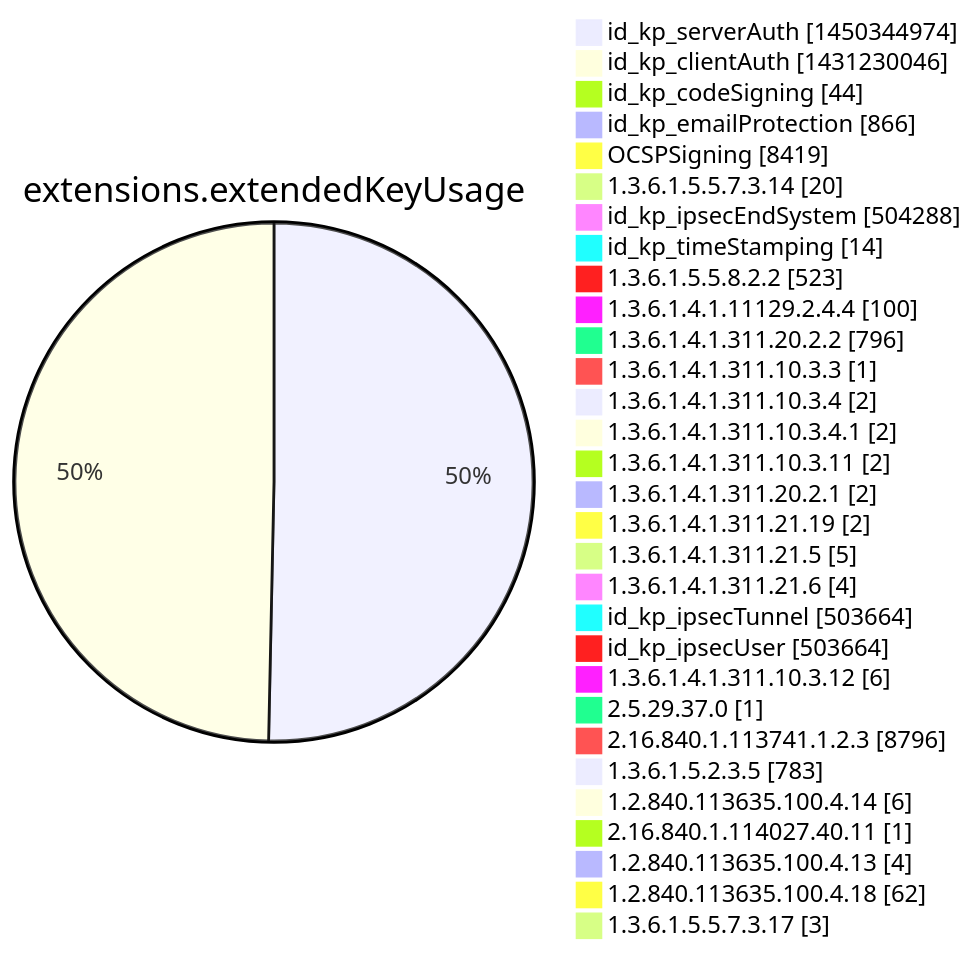
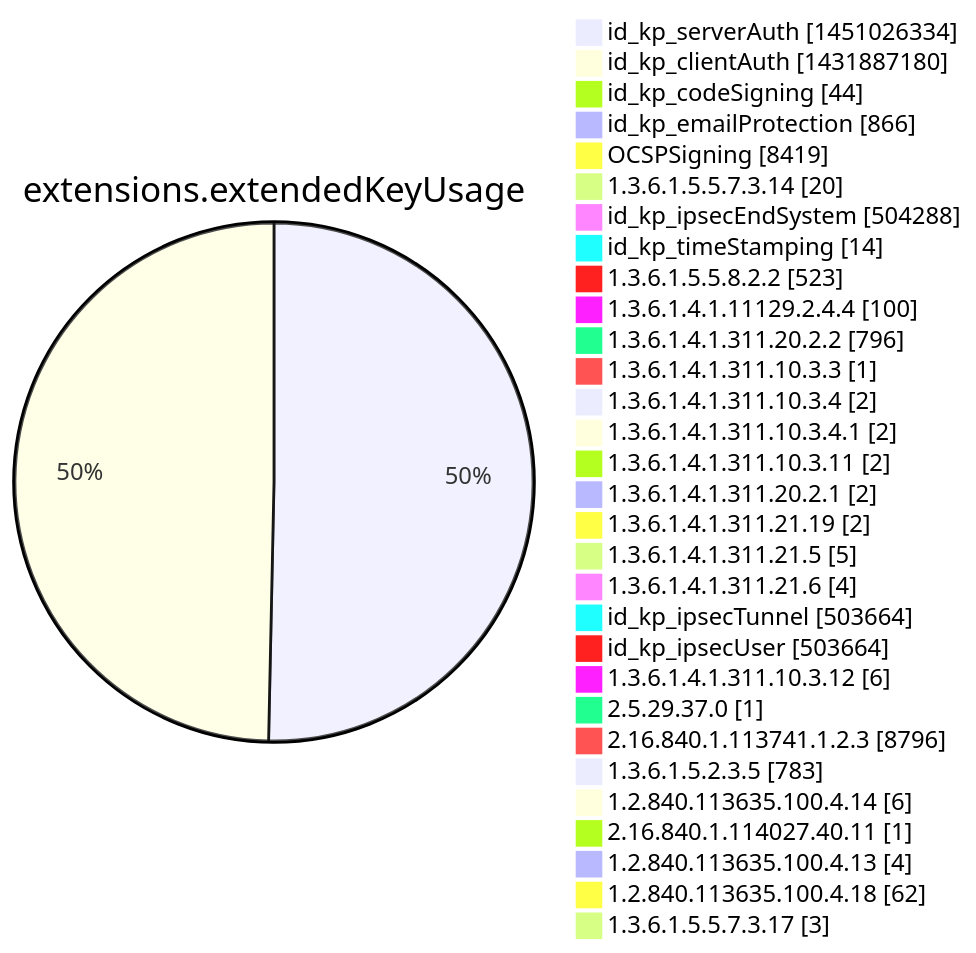
One commit to christiankrug/ctmonitor_visualization changed diagram 12 of 15 in argon2022/README.md. Above: the diagram before and after it, drawn with Mermaid. The commit also changed other lines of this file, not shown here.

````diff
--- a/argon2022/README.md
+++ b/argon2022/README.md
@@ -3555,34 +3555,34 @@
 ```mermaid
 pie showData
 title extensions.extendedKeyUsage
-"id_kp_serverAuth" :1450344974
-"id_kp_clientAuth" :1431230046
+"id_kp_serverAuth" :1451026334
+"id_kp_clientAuth" :1431887180
 "id_kp_codeSigning" :44
 "id_kp_emailProtection" :866
 "OCSPSigning" :8419
 "1.3.6.1.5.5.7.3.14" :20
 "id_kp_ipsecEndSystem" :504288
 "id_kp_timeStamping" :14
 "1.3.6.1.5.5.8.2.2" :523
 "1.3.6.1.4.1.11129.2.4.4" :100
 "1.3.6.1.4.1.311.20.2.2" :796
 "1.3.6.1.4.1.311.10.3.3" :1
 "1.3.6.1.4.1.311.10.3.4" :2
 "1.3.6.1.4.1.311.10.3.4.1" :2
 "1.3.6.1.4.1.311.10.3.11" :2
 "1.3.6.1.4.1.311.20.2.1" :2
 "1.3.6.1.4.1.311.21.19" :2
 "1.3.6.1.4.1.311.21.5" :5
 "1.3.6.1.4.1.311.21.6" :4
 "id_kp_ipsecTunnel" :503664
 "id_kp_ipsecUser" :503664
 "1.3.6.1.4.1.311.10.3.12" :6
 "2.5.29.37.0" :1
 "2.16.840.1.113741.1.2.3" :8796
 "1.3.6.1.5.2.3.5" :783
 "1.2.840.113635.100.4.14" :6
 "2.16.840.1.114027.40.11" :1
 "1.2.840.113635.100.4.13" :4
 "1.2.840.113635.100.4.18" :62
 "1.3.6.1.5.5.7.3.17" :3
 ```
````
